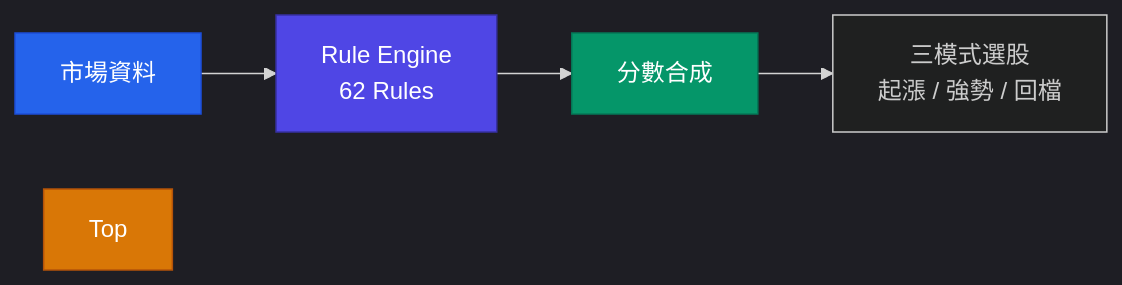
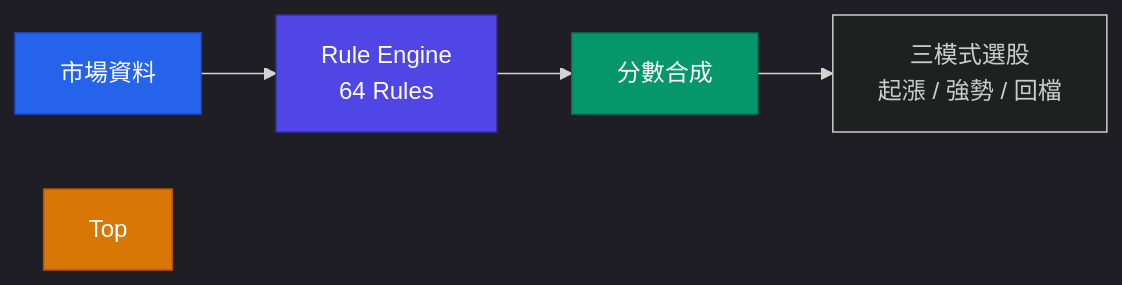
Before and after one commit to Neal75418/afterclose: the first of 3 diagrams in docs/RULE_ENGINE.md, drawn with Mermaid. The commit also changed other lines of this file and 2 other files, not shown here.

First line of the commit message:
docs+chore: 規則數對齊 64/66、補 RULE_ENGINE 漏掉的強股回檔類別

````diff
--- a/docs/RULE_ENGINE.md
+++ b/docs/RULE_ENGINE.md
@@ -11,12 +11,12 @@
 ```mermaid
 %%{init: {'theme': 'dark'}}%%
 flowchart LR
-    Data["市場資料"] --> Engine["Rule Engine\n62 Rules"]
+    Data["市場資料"] --> Engine["Rule Engine\n64 Rules"]
     Engine --> Score["分數合成"]
     Score --> Modes["三模式選股<br/>起漲 / 強勢 / 回檔"]
 
     style Data fill:#2563EB,color:#fff,stroke:#1D4ED8
     style Engine fill:#4F46E5,stroke:#3730A3,color:#fff
     style Score fill:#059669,color:#fff,stroke:#047857
     style Top fill:#D97706,color:#fff,stroke:#B45309
 ```
````
